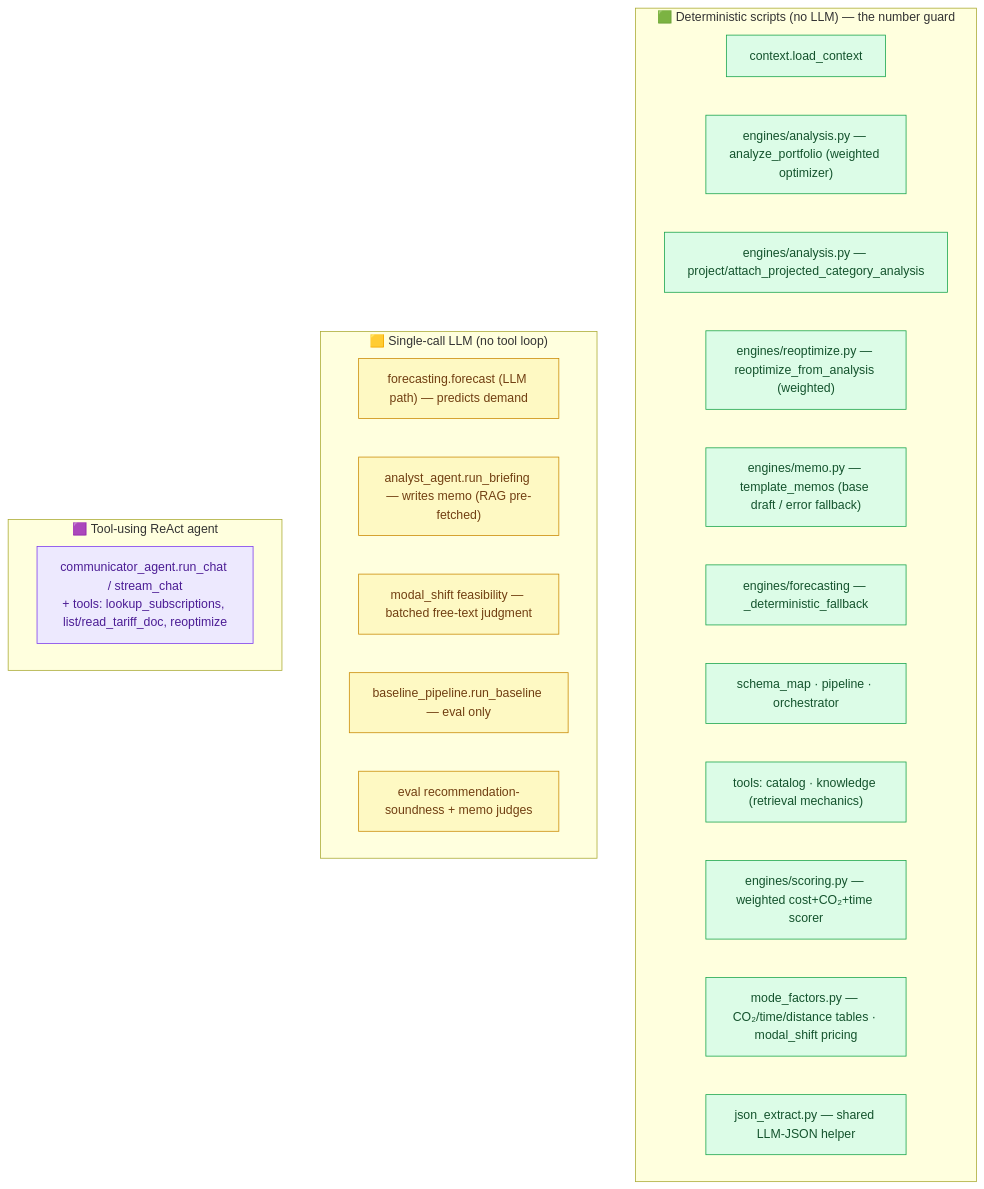
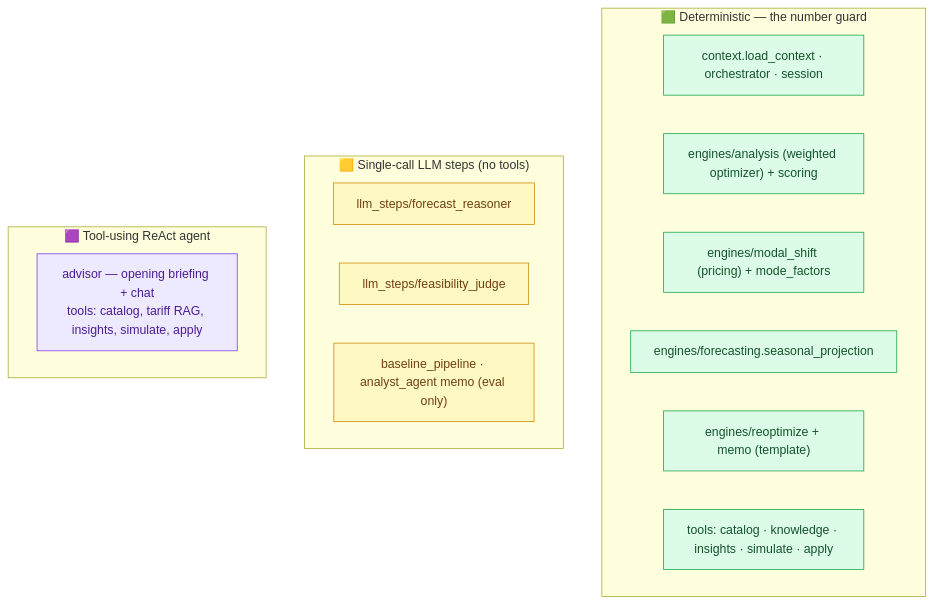
One commit to tjorgeo/AIIM_DB_mobility_advisior changed diagram 13 of 13 in DELIVERABLES/BACKEND_ARCHITECTURE_REPORT.md. Above: the diagram before and after it, drawn with Mermaid. The commit also changed other lines of this file and 2 other files, not shown here.

First line of the commit message:
Refactor test mode factors to dynamically locate gen_personas.py

````diff
--- a/DELIVERABLES/BACKEND_ARCHITECTURE_REPORT.md
+++ b/DELIVERABLES/BACKEND_ARCHITECTURE_REPORT.md
@@ -582,33 +462,25 @@
 ```mermaid
 flowchart TB
-    subgraph DET["🟩 Deterministic scripts (no LLM) — the number guard"]
-        d1["context.load_context"]
-        d2["engines/analysis.py — analyze_portfolio (weighted optimizer)"]
-        d3["engines/analysis.py — project/attach_projected_category_analysis"]
-        d4["engines/reoptimize.py — reoptimize_from_analysis (weighted)"]
-        d5["engines/memo.py — template_memos (base draft / error fallback)"]
-        d6["engines/forecasting — _deterministic_fallback"]
-        d7["schema_map · pipeline · orchestrator"]
-        d8["tools: catalog · knowledge (retrieval mechanics)"]
-        d9["engines/scoring.py — weighted cost+CO₂+time scorer"]
-        d10["mode_factors.py — CO₂/time/distance tables · modal_shift pricing"]
-        d11["json_extract.py — shared LLM-JSON helper"]
+    subgraph DET["🟩 Deterministic — the number guard"]
+        d1["context.load_context · orchestrator · session"]
+        d2["engines/analysis (weighted optimizer) + scoring"]
+        d3["engines/modal_shift (pricing) + mode_factors"]
+        d4["engines/forecasting.seasonal_projection"]
+        d5["engines/reoptimize + memo (template)"]
+        d6["tools: catalog · knowledge · insights · simulate · apply"]
     end
-    subgraph LLM["🟨 Single-call LLM (no tool loop)"]
-        l1["forecasting.forecast (LLM path) — predicts demand"]
-        l2["analyst_agent.run_briefing — writes memo (RAG pre-fetched)"]
-        l5["modal_shift feasibility — batched free-text judgment"]
-        l3["baseline_pipeline.run_baseline — eval only"]
-        l4["eval recommendation-soundness + memo judges"]
+    subgraph STEP["🟨 Single-call LLM steps (no tools)"]
+        s1["llm_steps/forecast_reasoner"]
+        s2["llm_steps/feasibility_judge"]
+        s3["baseline_pipeline · analyst_agent memo (eval only)"]
     end
     subgraph AGENT["🟪 Tool-using ReAct agent"]
-        a1["communicator_agent.run_chat / stream_chat<br/>+ tools: lookup_subscriptions, list/read_tariff_doc, reoptimize"]
+        a1["advisor — opening briefing + chat<br/>tools: catalog, tariff RAG, insights, simulate, apply"]
     end
-
     classDef det fill:#dcfce7,stroke:#16a34a,color:#14532d;
     classDef llm fill:#fef9c3,stroke:#ca8a04,color:#713f12;
     classDef agent fill:#ede9fe,stroke:#7c3aed,color:#4c1d95;
-    class d1,d2,d3,d4,d5,d6,d7,d8,d9,d10,d11 det;
-    class l1,l2,l3,l4,l5 llm;
+    class d1,d2,d3,d4,d5,d6 det;
+    class s1,s2,s3 llm;
     class a1 agent;
 ```
````
